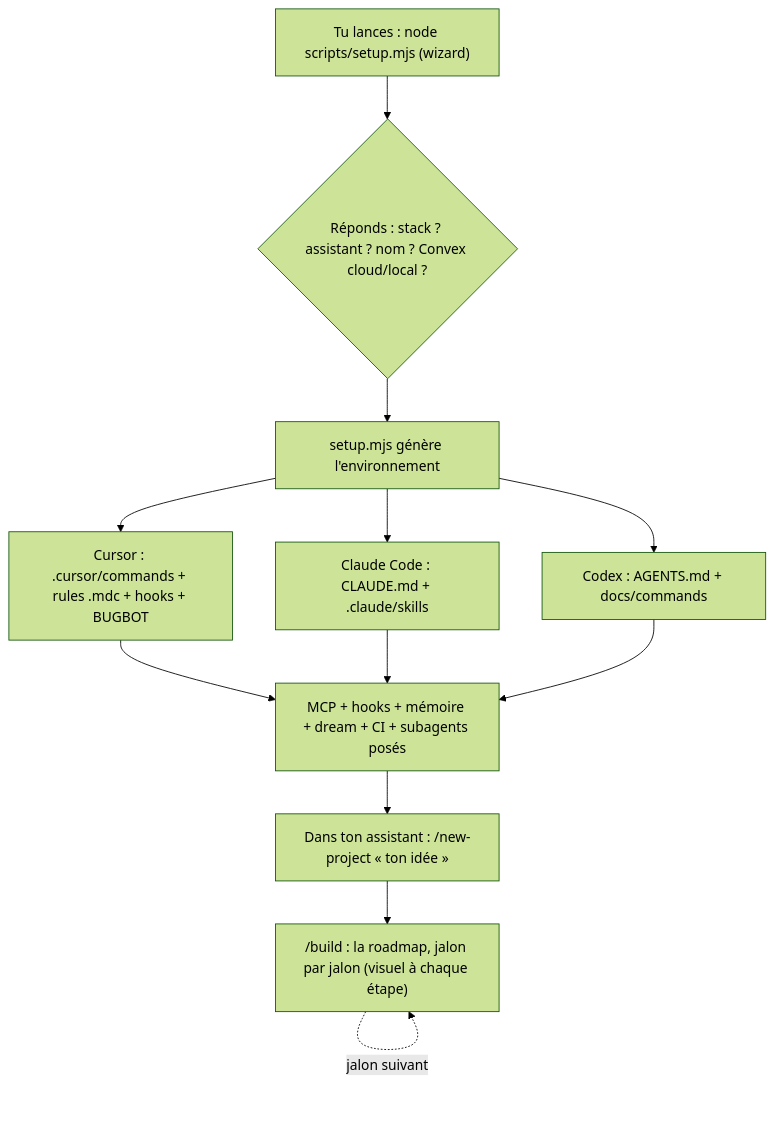
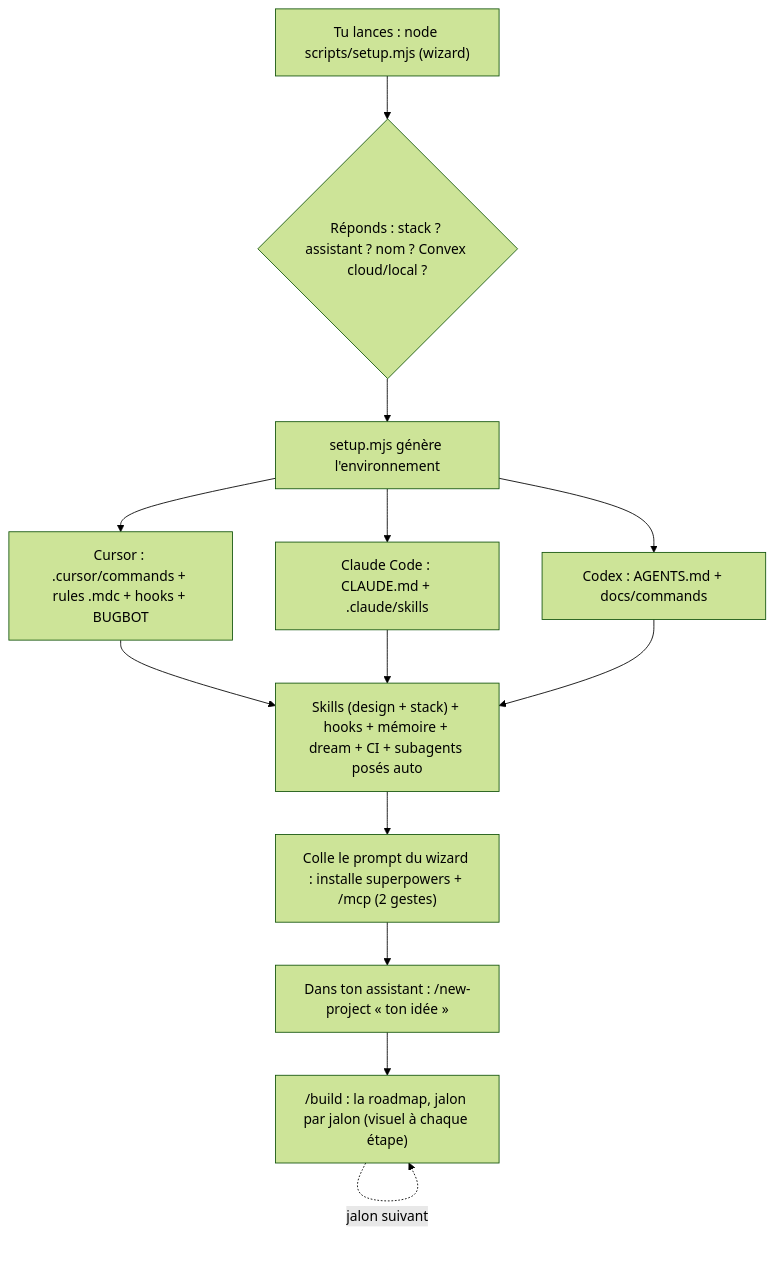
Before and after one commit to ohvignas/vibecoding-starter-kit: the diagram in README.md, drawn with Mermaid (forest theme). The commit also changed other lines of this file and 6 other files, not shown here.

First line of the commit message:
feat(setup): le wizard auto-installe les skills stack (moins de friction au démarrage)

````diff
--- a/README.md
+++ b/README.md
@@ -92,14 +97,15 @@
 ```mermaid
 flowchart TD
     A["Tu lances : node scripts/setup.mjs (wizard)"] --> C{"Réponds : stack ? assistant ? nom ? Convex cloud/local ?"}
     C --> D["setup.mjs génère l'environnement"]
     D --> E1["Cursor : .cursor/commands + rules .mdc + hooks + BUGBOT"]
     D --> E2["Claude Code : CLAUDE.md + .claude/skills"]
     D --> E3["Codex : AGENTS.md + docs/commands"]
-    E1 --> F["MCP + hooks + mémoire + dream + CI + subagents posés"]
+    E1 --> F["Skills (design + stack) + hooks + mémoire + dream + CI + subagents posés auto"]
     E2 --> F
     E3 --> F
-    F --> G["Dans ton assistant : /new-project « ton idée »"]
+    F --> G0["Colle le prompt du wizard : installe superpowers + /mcp (2 gestes)"]
+    G0 --> G["Dans ton assistant : /new-project « ton idée »"]
     G --> H["/build : la roadmap, jalon par jalon (visuel à chaque étape)"]
     H -.->|jalon suivant| H
 ```
````
